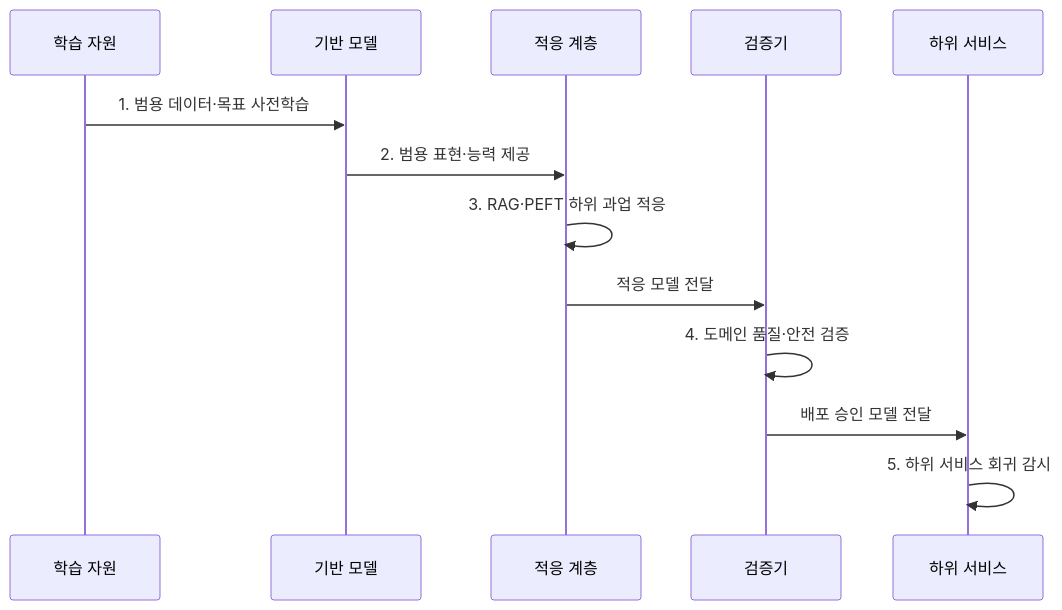
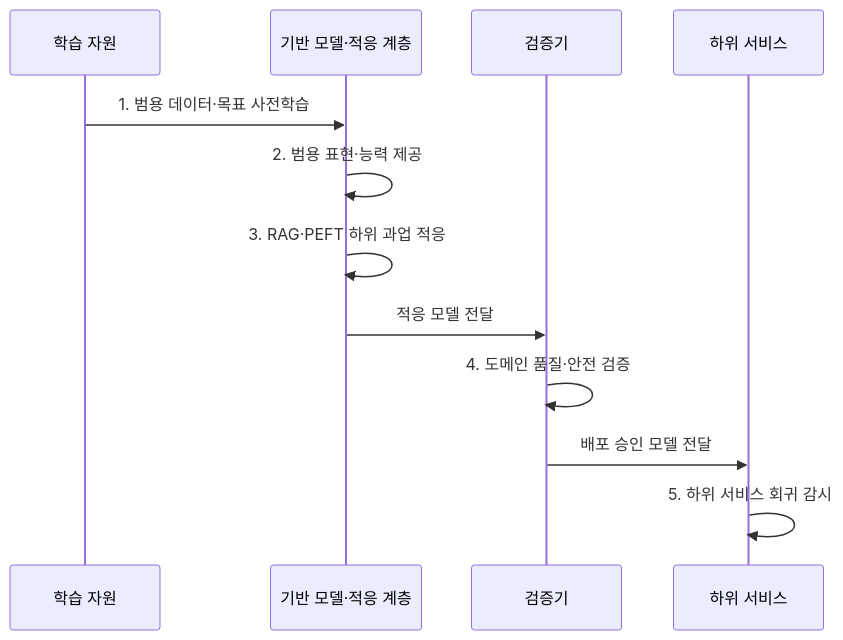
Before and after one commit to agnusdei1207/knowledge-base: the second of 2 diagrams in src/content/docs/notes/08-latest-tech/026_foundation_model.md, drawn with Mermaid. The commit also changed 9 other files, not shown here.

Commit message:
Simplify AI system flow participants

````diff
--- a/src/content/docs/notes/08-latest-tech/026_foundation_model.md
+++ b/src/content/docs/notes/08-latest-tech/026_foundation_model.md
@@ -103,15 +103,14 @@
 ```mermaid
 sequenceDiagram
     participant D as 학습 자원
-    participant M as 기반 모델
-    participant A as 적응 계층
+    participant M as 기반 모델·적응 계층
     participant V as 검증기
     participant S as 하위 서비스
     D->>M: 1. 범용 데이터·목표 사전학습
-    M->>A: 2. 범용 표현·능력 제공
-    A->>A: 3. RAG·PEFT 하위 과업 적응
-    A->>V: 적응 모델 전달
+    M->>M: 2. 범용 표현·능력 제공
+    M->>M: 3. RAG·PEFT 하위 과업 적응
+    M->>V: 적응 모델 전달
     V->>V: 4. 도메인 품질·안전 검증
     V->>S: 배포 승인 모델 전달
     S->>S: 5. 하위 서비스 회귀 감시
 ```
````
